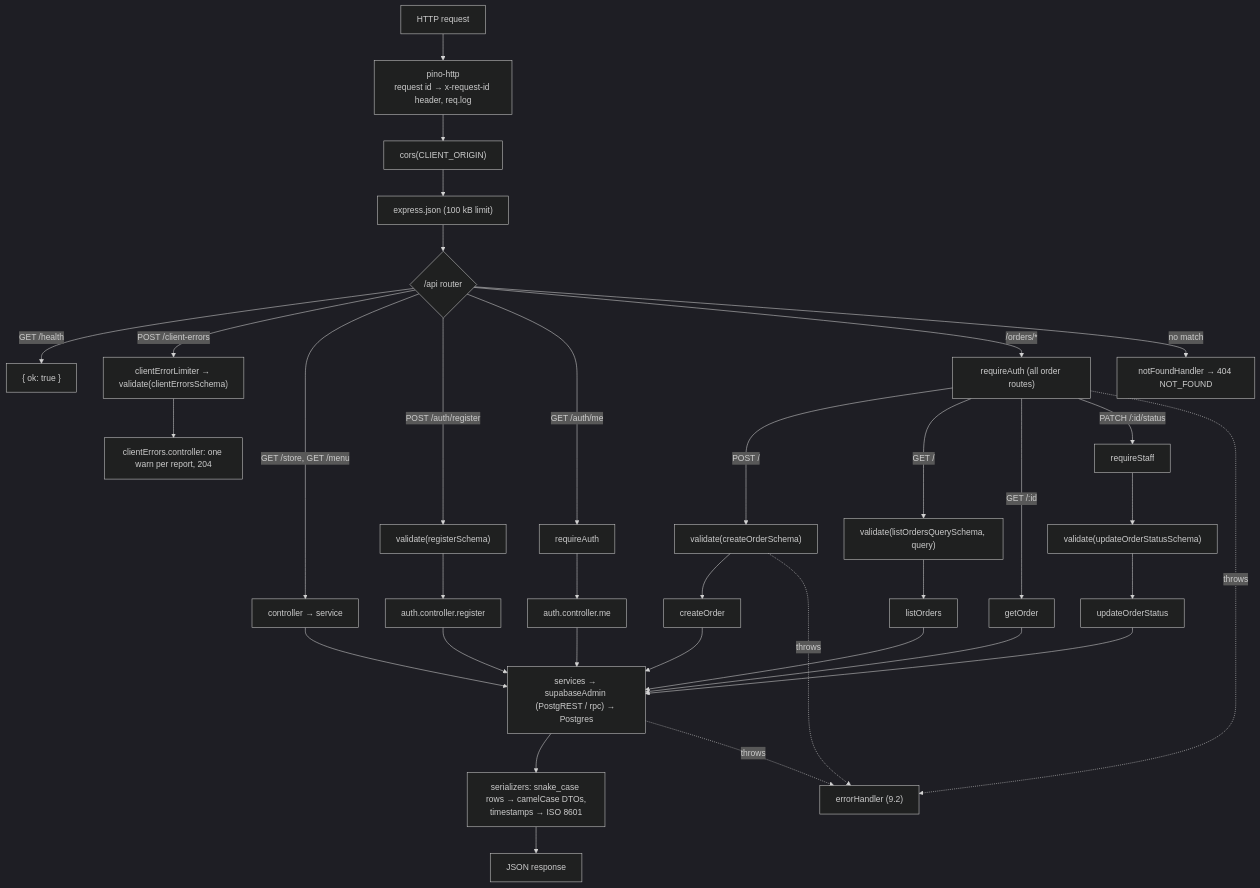
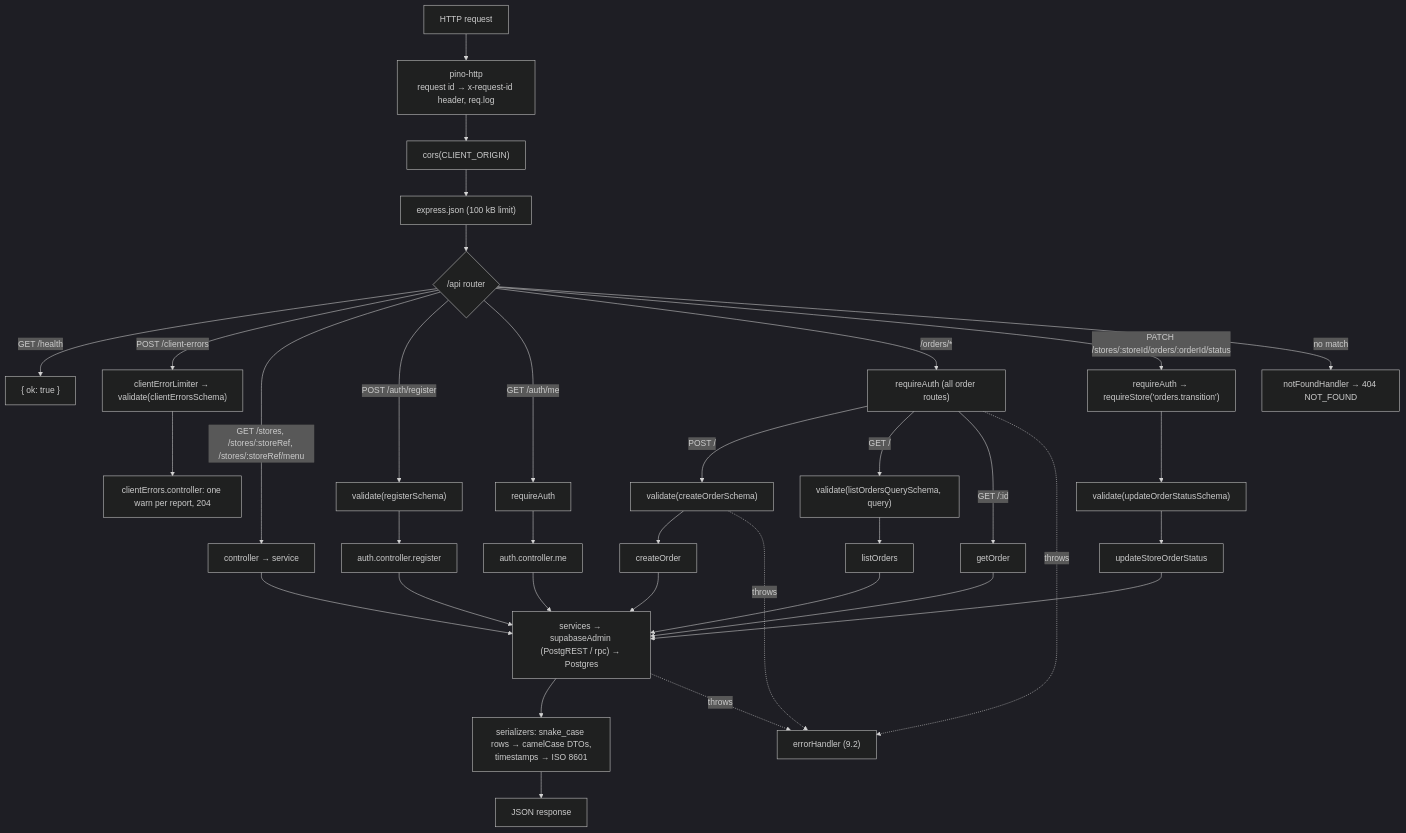
Diagram 27 of 29 in docs/ARCHITECTURE.md (The-KhaNha/KhaNha), drawn with Mermaid (dark theme) before and after one commit. The commit also changed other lines of this file and 257 other files, not shown here.

First line of the commit message:
P2 — Multi-store: brands, stores, teams, hours and the store-scoped API (#75)

````diff
--- a/docs/ARCHITECTURE.md
+++ b/docs/ARCHITECTURE.md
@@ -914,30 +935,30 @@
 ```mermaid
 flowchart TD
   Req["HTTP request"] --> Pino["pino-http<br/>request id → x-request-id header, req.log"]
   Pino --> Cors["cors(CLIENT_ORIGIN)"]
   Cors --> Json["express.json (100 kB limit)"]
   Json --> Router{"/api router"}
   Router -->|"GET /health"| Health["{ ok: true }"]
   Router -->|"POST /client-errors"| ValCE["clientErrorLimiter → validate(clientErrorsSchema)"] --> CECtl["clientErrors.controller: one warn per report, 204"]
-  Router -->|"GET /store, GET /menu"| Public["controller → service"]
+  Router -->|"GET /stores, /stores/:storeRef, /stores/:storeRef/menu"| Public["controller → service"]
   Router -->|"POST /auth/register"| ValReg["validate(registerSchema)"] --> RegCtl["auth.controller.register"]
   Router -->|"GET /auth/me"| AuthMe["requireAuth"] --> MeCtl["auth.controller.me"]
   Router -->|"/orders/*"| AuthO["requireAuth (all order routes)"]
   AuthO -->|"POST /"| ValC["validate(createOrderSchema)"] --> CCtl["createOrder"]
   AuthO -->|"GET /"| ValQ["validate(listOrdersQuerySchema, query)"] --> LCtl["listOrders"]
   AuthO -->|"GET /:id"| GCtl["getOrder"]
-  AuthO -->|"PATCH /:id/status"| Staff["requireStaff"] --> ValS["validate(updateOrderStatusSchema)"] --> UCtl["updateOrderStatus"]
+  Router -->|"PATCH /stores/:storeId/orders/:orderId/status"| Staff["requireAuth → requireStore('orders.transition')"] --> ValS["validate(updateOrderStatusSchema)"] --> UCtl["updateStoreOrderStatus"]
   Public --> Svc["services → supabaseAdmin (PostgREST / rpc) → Postgres"]
   RegCtl --> Svc
   MeCtl --> Svc
   CCtl --> Svc
   LCtl --> Svc
   GCtl --> Svc
   UCtl --> Svc
   Svc --> Ser["serializers: snake_case rows → camelCase DTOs,<br/>timestamps → ISO 8601"]
   Ser --> Res["JSON response"]
   Router -->|"no match"| NF["notFoundHandler → 404 NOT_FOUND"]
   Svc -. "throws" .-> EH["errorHandler (9.2)"]
   AuthO -. "throws" .-> EH
   ValC -. "throws" .-> EH
 ```
````
